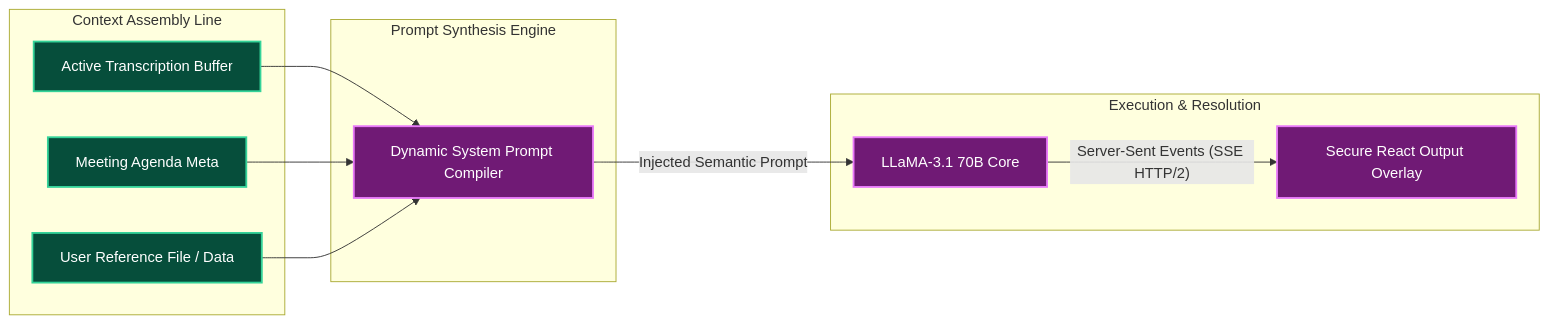
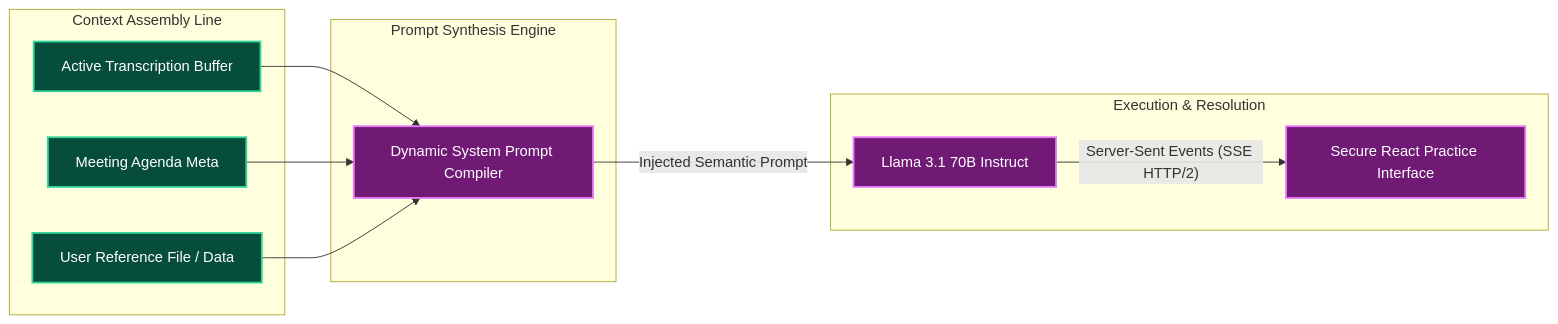
One commit to ziademad02153/ZEDX-AI-Assistant changed the third of 4 diagrams in README.md. Above: the diagram before and after it, drawn with Mermaid. The commit also changed other lines of this file, not shown here.

````diff
--- a/README.md
+++ b/README.md
@@ -103,28 +106,28 @@
 ```mermaid
 graph LR
     subgraph "Context Assembly Line"
         TRANSCRIPT[Active Transcription Buffer]
         AGENDA[Meeting Agenda Meta]
         RESUME[User Reference File / Data]
     end
 
     subgraph "Prompt Synthesis Engine"
         COMPILER[Dynamic System Prompt Compiler]
         TRANSCRIPT --> COMPILER
         AGENDA --> COMPILER
         RESUME --> COMPILER
     end
 
     subgraph "Execution & Resolution"
-        LLAMA[LLaMA-3.1 70B Core]
-        UI[Secure React Output Overlay]
+        LLAMA[Llama 3.1 70B Instruct]
+        UI[Secure React Practice Interface]
         COMPILER -- "Injected Semantic Prompt" --> LLAMA
         LLAMA -- "Server-Sent Events (SSE HTTP/2)" --> UI
     end
     
     classDef data fill:#064e3b,stroke:#34d399,stroke-width:2px,color:#fff;
     classDef engine fill:#701a75,stroke:#e879f9,stroke-width:2px,color:#fff;
     
     class TRANSCRIPT,AGENDA,RESUME data;
     class COMPILER,LLAMA,UI engine;
 ```
````
